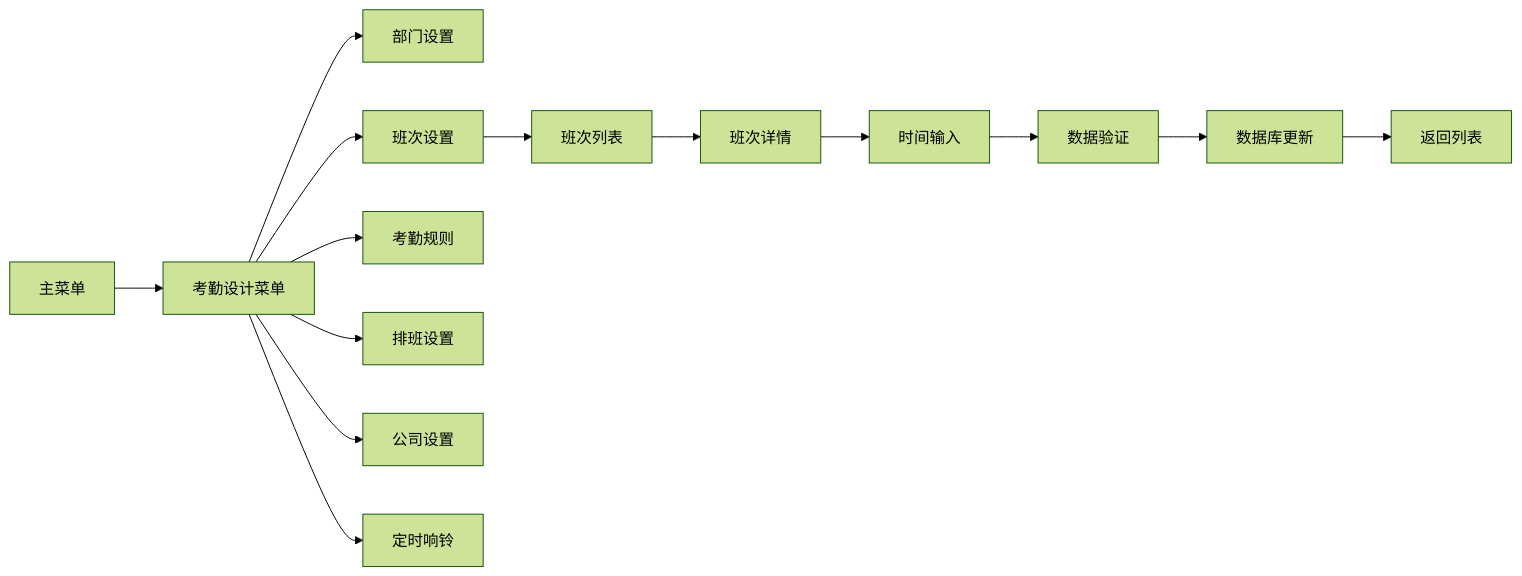
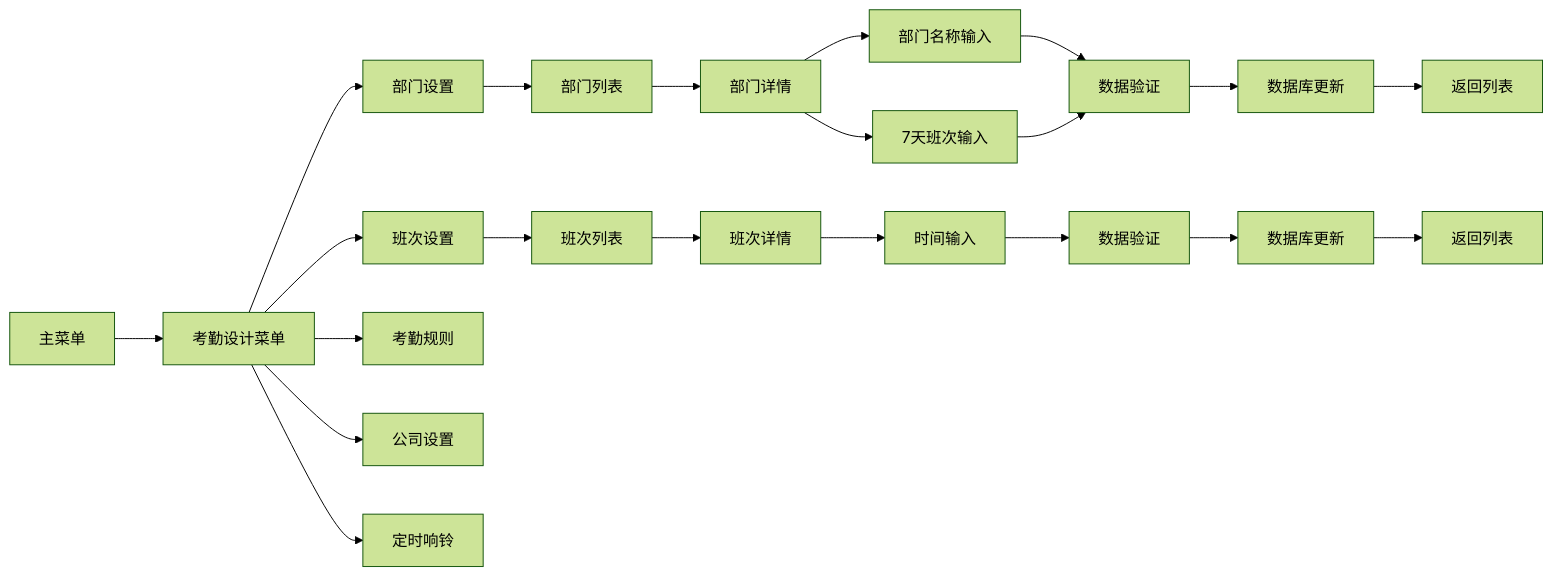
Diagram 14 of 14 in .qoder/repowiki/zh/content/功能模块详解/班次管理界面.md (Drunk552/SmartAttendance), drawn with Mermaid (forest theme) before and after one commit. The commit also changed other lines of this file and 15 other files, not shown here.

````diff
--- a/.qoder/repowiki/zh/content/功能模块详解/班次管理界面.md
+++ b/.qoder/repowiki/zh/content/功能模块详解/班次管理界面.md
@@ -284,16 +574,23 @@
 ```mermaid
 graph LR
 A[主菜单] --> B[考勤设计菜单]
 B --> C[部门设置]
 B --> D[班次设置]
 B --> E[考勤规则]
-B --> F[排班设置]
-B --> G[公司设置]
-B --> H[定时响铃]
-D --> I[班次列表]
-I --> J[班次详情]
-J --> K[时间输入]
-K --> L[数据验证]
+B --> F[公司设置]
+B --> G[定时响铃]
+C --> H[部门列表]
+H --> I[部门详情]
+I --> J[部门名称输入]
+I --> K[7天班次输入]
+J --> L[数据验证]
+K --> L
 L --> M[数据库更新]
 M --> N[返回列表]
+D --> O[班次列表]
+O --> P[班次详情]
+P --> Q[时间输入]
+Q --> R[数据验证]
+R --> S[数据库更新]
+S --> T[返回列表]
 ```
````
